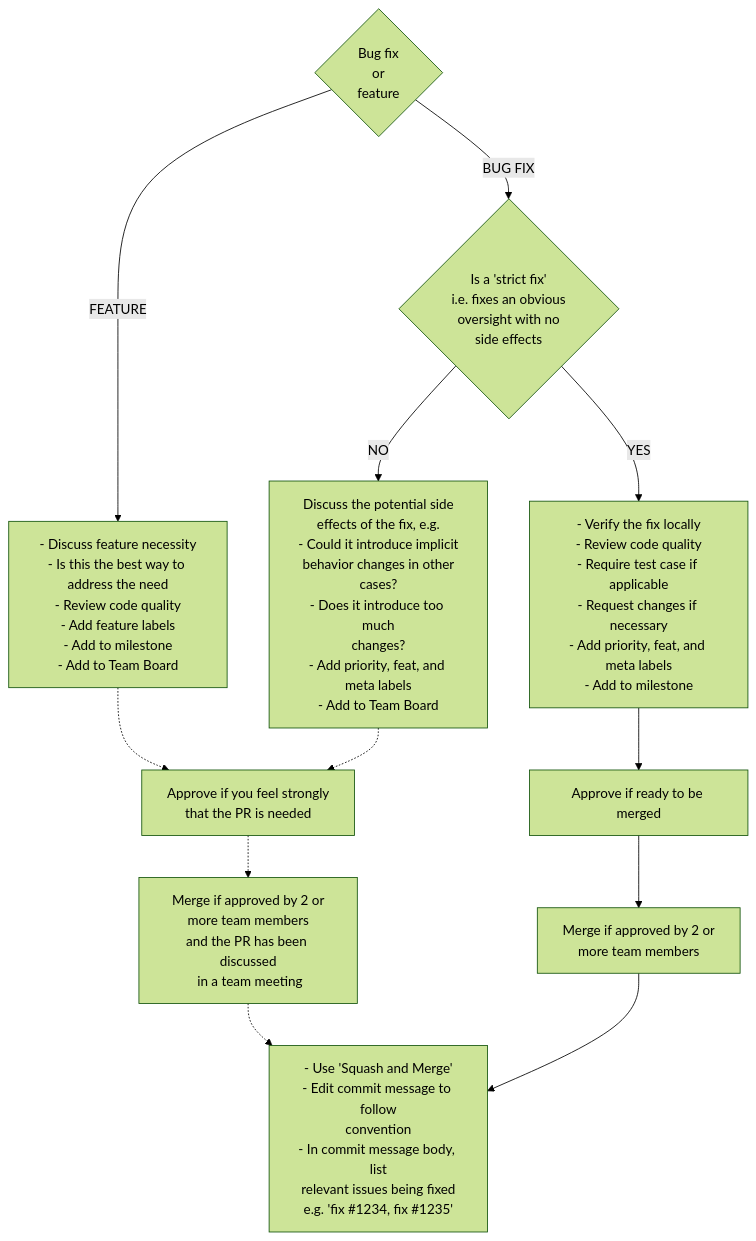
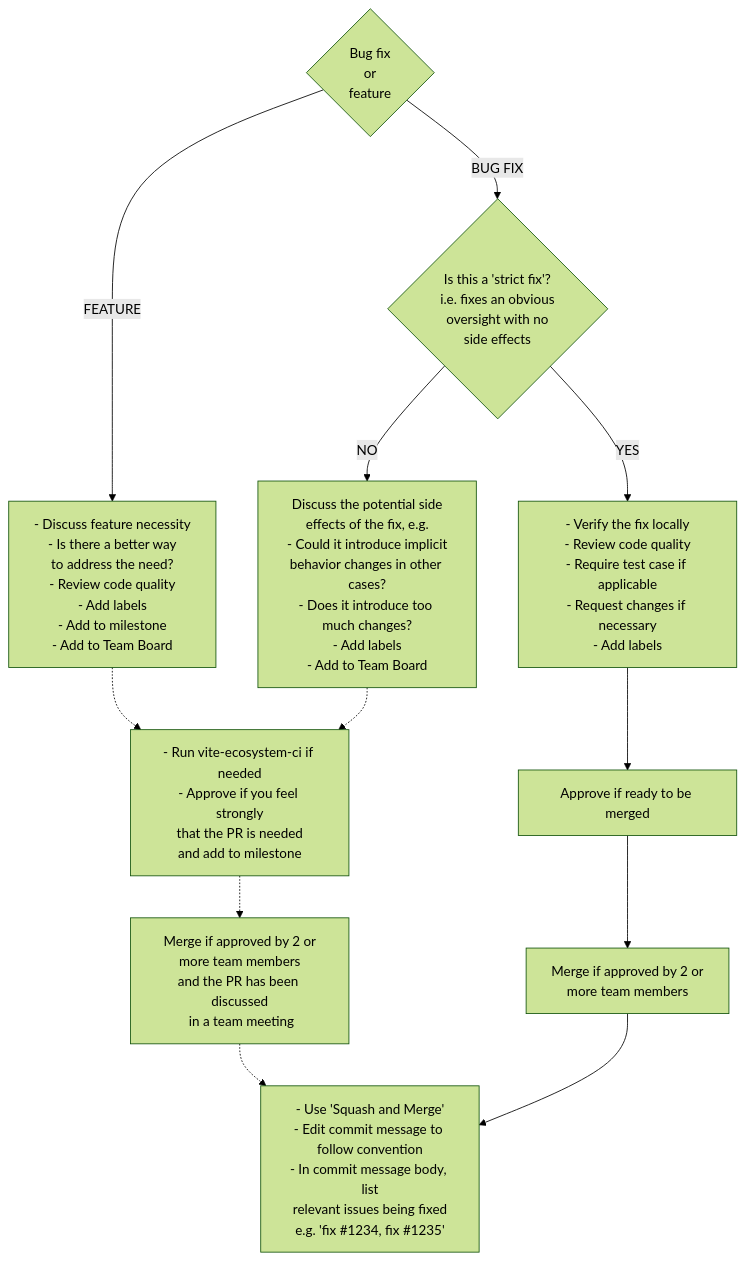
Before and after one commit to vitejs/vite: the second of 2 diagrams in CONTRIBUTING.md, drawn with Mermaid (forest theme).

````diff
--- a/CONTRIBUTING.md
+++ b/CONTRIBUTING.md
@@ -224,15 +224,15 @@
 ```mermaid
 flowchart TD
     start{Bug fix\nor\nfeature}
-    start --BUG FIX--> strict_bug{"Is a 'strict fix'\ni.e. fixes an obvious\noversight with no\nside effects"}
-    start --FEATURE--> feature[- Discuss feature necessity\n- Is this the best way to address the need\n- Review code quality\n- Add feature labels\n- Add to milestone\n- Add to Team Board]
-    feature -.-> approve_non_strict[Approve if you feel strongly\nthat the PR is needed]
-    strict_bug --YES--> strict[- Verify the fix locally\n- Review code quality\n- Require test case if applicable\n- Request changes if necessary\n- Add priority, feat, and meta labels\n- Add to milestone]
-    strict_bug --NO--> non_strict[Discuss the potential side\neffects of the fix, e.g.\n- Could it introduce implicit\nbehavior changes in other\ncases?\n- Does it introduce too much\nchanges?\n- Add priority, feat, and meta labels\n- Add to Team Board]
+    start --BUG FIX--> strict_bug{"Is this a 'strict fix'?\ni.e. fixes an obvious\noversight with no\nside effects"}
+    start --FEATURE--> feature[- Discuss feature necessity\n- Is there a better way\nto address the need?\n- Review code quality\n- Add labels\n- Add to milestone\n- Add to Team Board]
+    feature -.-> approve_non_strict[- Run vite-ecosystem-ci if needed\n- Approve if you feel strongly\nthat the PR is needed\nand add to milestone]
+    strict_bug --YES--> strict[- Verify the fix locally\n- Review code quality\n- Require test case if applicable\n- Request changes if necessary\n- Add labels]
+    strict_bug --NO--> non_strict[Discuss the potential side\neffects of the fix, e.g.\n- Could it introduce implicit\nbehavior changes in other cases?\n- Does it introduce too much changes?\n- Add labels\n- Add to Team Board]
     non_strict -.-> approve_non_strict
     strict --> approve_strict[Approve if ready to be merged]
     approve_strict --> merge_strict[Merge if approved by 2 or\nmore team members]
     approve_non_strict -.-> merge_non_strict[Merge if approved by 2 or\nmore team members\nand the PR has been discussed\n in a team meeting]
     merge_non_strict -.-> merge_extra
-    merge_strict --> merge_extra["- Use 'Squash and Merge'\n- Edit commit message to follow\nconvention\n- In commit message body, list\nrelevant issues being fixed\ne.g. 'fix #1234, fix #1235'"]
+    merge_strict --> merge_extra["- Use 'Squash and Merge'\n- Edit commit message to follow convention\n- In commit message body, list\nrelevant issues being fixed\ne.g. 'fix #1234, fix #1235'"]
 ```
````
